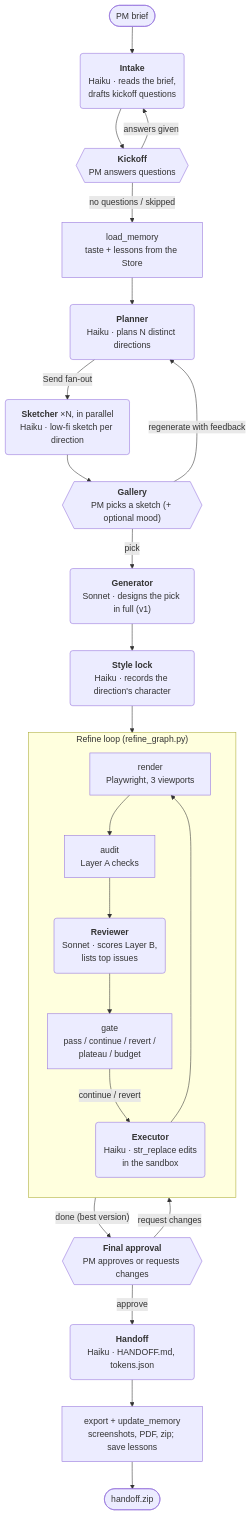
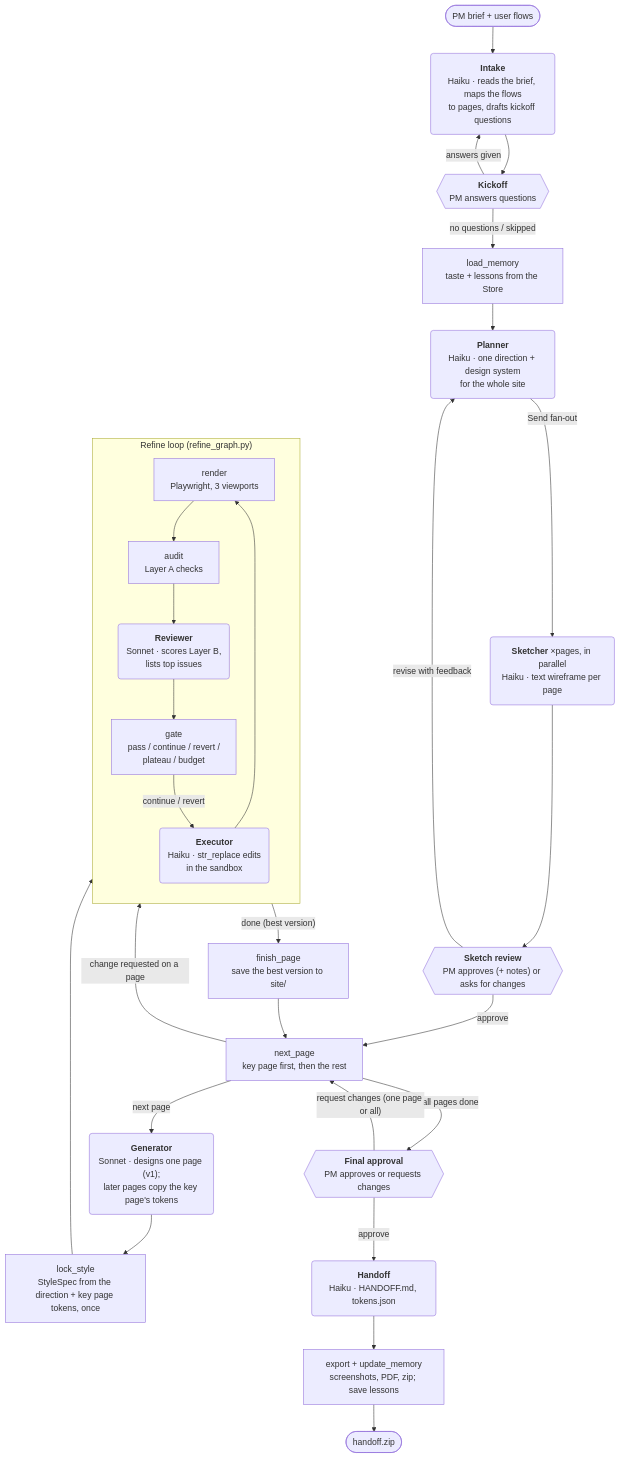
One commit to Andy2887/ui-agent changed the diagram in README.md. Above: the diagram before and after it, drawn with Mermaid. The commit also changed other lines of this file and 57 other files, not shown here.

First line of the commit message:
Design a multi-page site from user flows, with one direction and a sketch per page

````diff
--- a/README.md
+++ b/README.md
@@ -9,44 +9,50 @@
 ```mermaid
 flowchart TD
-    brief([PM brief]) --> intake
+    brief([PM brief + user flows]) --> intake
 
-    intake("<b>Intake</b><br/>Haiku · reads the brief,<br/>drafts kickoff questions")
+    intake("<b>Intake</b><br/>Haiku · reads the brief, maps the flows<br/>to pages, drafts kickoff questions")
     kickoff{{"<b>Kickoff</b><br/>PM answers questions"}}
     memory["load_memory<br/>taste + lessons from the Store"]
-    planner("<b>Planner</b><br/>Haiku · plans N distinct directions")
-    sketcher("<b>Sketcher</b> ×N, in parallel<br/>Haiku · low-fi sketch per direction")
-    gallery{{"<b>Gallery</b><br/>PM picks a sketch (+ optional mood)"}}
-    generator("<b>Generator</b><br/>Sonnet · designs the pick in full (v1)")
-    stylelock("<b>Style lock</b><br/>Haiku · records the direction's character")
+    planner("<b>Planner</b><br/>Haiku · one direction + design system<br/>for the whole site")
+    sketcher("<b>Sketcher</b> ×pages, in parallel<br/>Haiku · text wireframe per page")
+    review{{"<b>Sketch review</b><br/>PM approves (+ notes) or asks for changes"}}
+    nextpage["next_page<br/>key page first, then the rest"]
+    generator("<b>Generator</b><br/>Sonnet · designs one page (v1);<br/>later pages copy the key page's tokens")
+    stylelock["lock_style<br/>StyleSpec from the direction + key page tokens, once"]
+    finish["finish_page<br/>save the best version to site/"]
     approval{{"<b>Final approval</b><br/>PM approves or requests changes"}}
     handoff("<b>Handoff</b><br/>Haiku · HANDOFF.md, tokens.json")
     export["export + update_memory<br/>screenshots, PDF, zip; save lessons"]
 
     intake --> kickoff
     kickoff -- answers given --> intake
     kickoff -- no questions / skipped --> memory
     memory --> planner
     planner -- "Send fan-out" --> sketcher
-    sketcher --> gallery
-    gallery -- regenerate with feedback --> planner
-    gallery -- pick --> generator
+    sketcher --> review
+    review -- revise with feedback --> planner
+    review -- approve --> nextpage
+    nextpage -- next page --> generator
     generator --> stylelock
     subgraph refine ["Refine loop (refine_graph.py)"]
         direction TB
         render["render<br/>Playwright, 3 viewports"]
         audit["audit<br/>Layer A checks"]
         reviewer("<b>Reviewer</b><br/>Sonnet · scores Layer B,<br/>lists top issues")
         gate["gate<br/>pass / continue / revert /<br/>plateau / budget"]
         executor("<b>Executor</b><br/>Haiku · str_replace edits<br/>in the sandbox")
         render --> audit --> reviewer --> gate
         gate -- continue / revert --> executor
         executor --> render
     end
 
     stylelock --> render
-    gate -- "done (best version)" --> approval
-    approval -- request changes --> executor
+    gate -- "done (best version)" --> finish
+    finish --> nextpage
+    nextpage -- change requested on a page --> executor
+    nextpage -- all pages done --> approval
+    approval -- "request changes (one page or all)" --> nextpage
     approval -- approve --> handoff
     handoff --> export
     export --> done([handoff.zip])
 ```
````
